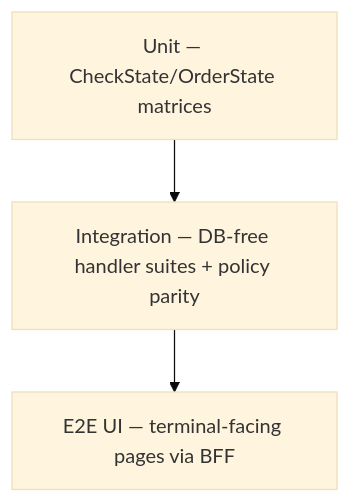
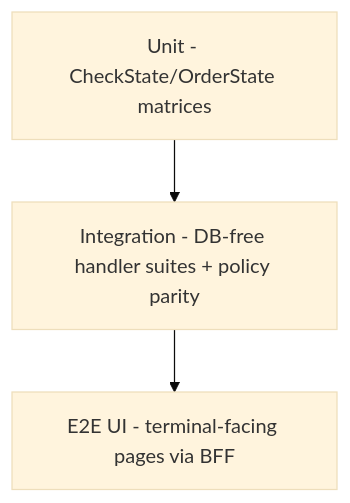
One commit to Hotel8/hotel8-site changed diagram 12 of 12 in docs/products/pos/design.md. Above: the diagram before and after it, drawn with Mermaid (base theme). The commit also changed other lines of this file and 61 other files, not shown here.

Commit message:
WEB-13: modern landing - whole-system map as the hero visual (every unit, grouped by plane), two-column hero with gradient glow; typography normalization across authored pages and harvest rendering (plain hyphens)

````diff
--- a/docs/products/pos/design.md
+++ b/docs/products/pos/design.md
@@ -283,5 +283,5 @@
 ```mermaid
 graph TD
-    U[Unit — CheckState/OrderState matrices] --> I[Integration — DB-free handler suites + policy parity]
-    I --> E[E2E UI — terminal-facing pages via BFF]
+    U[Unit - CheckState/OrderState matrices] --> I[Integration - DB-free handler suites + policy parity]
+    I --> E[E2E UI - terminal-facing pages via BFF]
 ```
````
